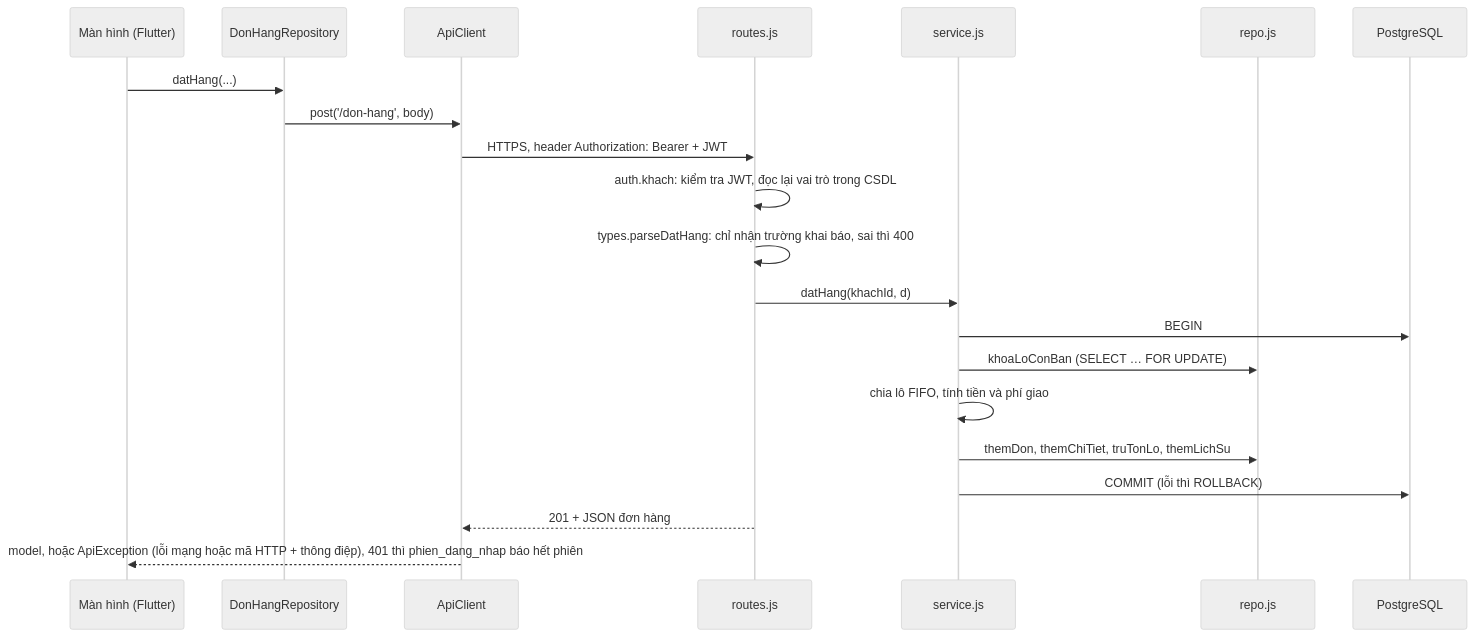
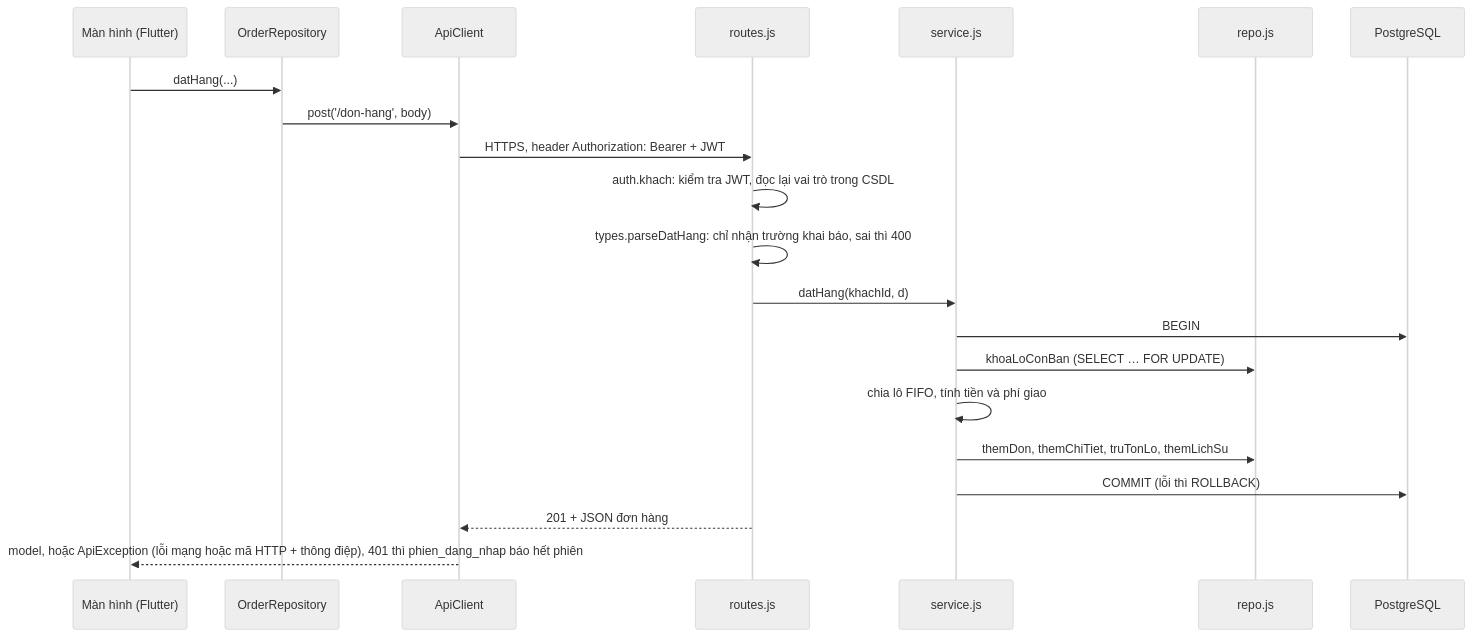
Before and after one commit to TruongSoCute/Gugugaga-AndroidProject: the second of 2 diagrams in docs/development/Architecture.md, drawn with Mermaid (neutral theme). The commit also changed other lines of this file and 546 other files, not shown here.

Commit message:
Use English names for application schema and source files

````diff
--- a/docs/development/Architecture.md
+++ b/docs/development/Architecture.md
@@ -53,23 +53,23 @@
 ```mermaid
 sequenceDiagram
   participant M as Màn hình (Flutter)
-  participant RP as DonHangRepository
+  participant RP as OrderRepository
   participant AC as ApiClient
   participant RT as routes.js
   participant SV as service.js
   participant RE as repo.js
   participant DB as PostgreSQL
   M->>RP: datHang(...)
   RP->>AC: post('/don-hang', body)
   AC->>RT: HTTPS, header Authorization: Bearer + JWT
   RT->>RT: auth.khach: kiểm tra JWT, đọc lại vai trò trong CSDL
   RT->>RT: types.parseDatHang: chỉ nhận trường khai báo, sai thì 400
   RT->>SV: datHang(khachId, d)
   SV->>DB: BEGIN
   SV->>RE: khoaLoConBan (SELECT … FOR UPDATE)
   SV->>SV: chia lô FIFO, tính tiền và phí giao
   SV->>RE: themDon, themChiTiet, truTonLo, themLichSu
   SV->>DB: COMMIT (lỗi thì ROLLBACK)
   RT-->>AC: 201 + JSON đơn hàng
   AC-->>M: model, hoặc ApiException (lỗi mạng hoặc mã HTTP + thông điệp), 401 thì phien_dang_nhap báo hết phiên
 ```
````
